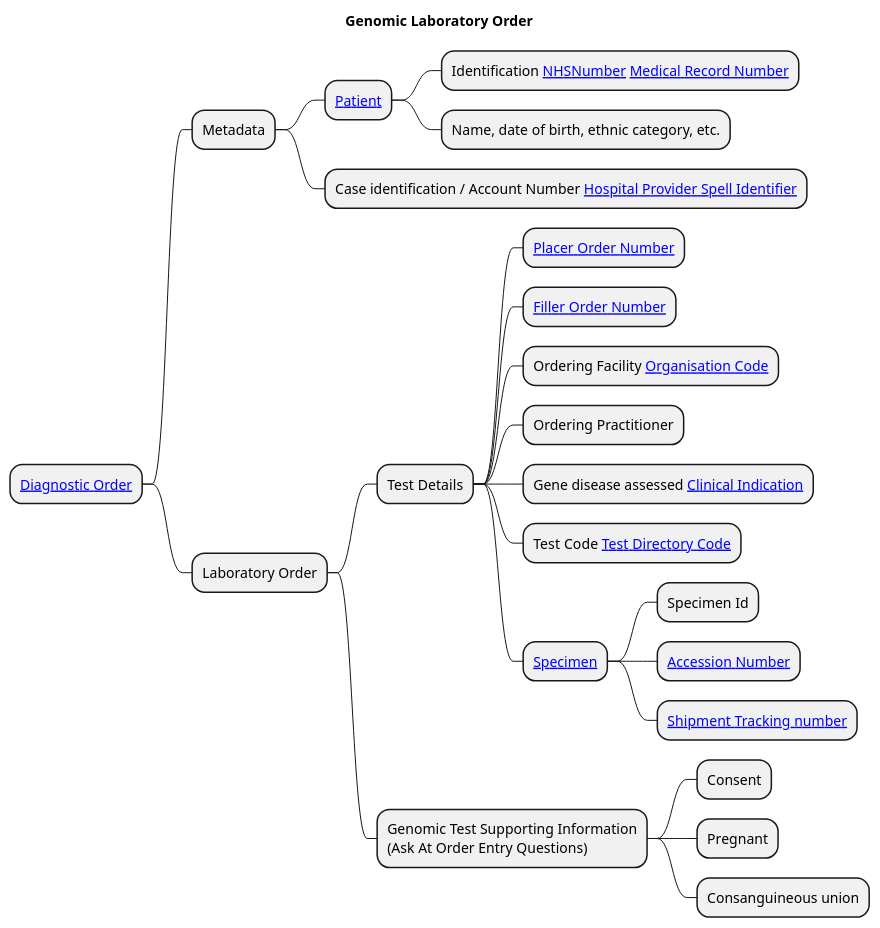
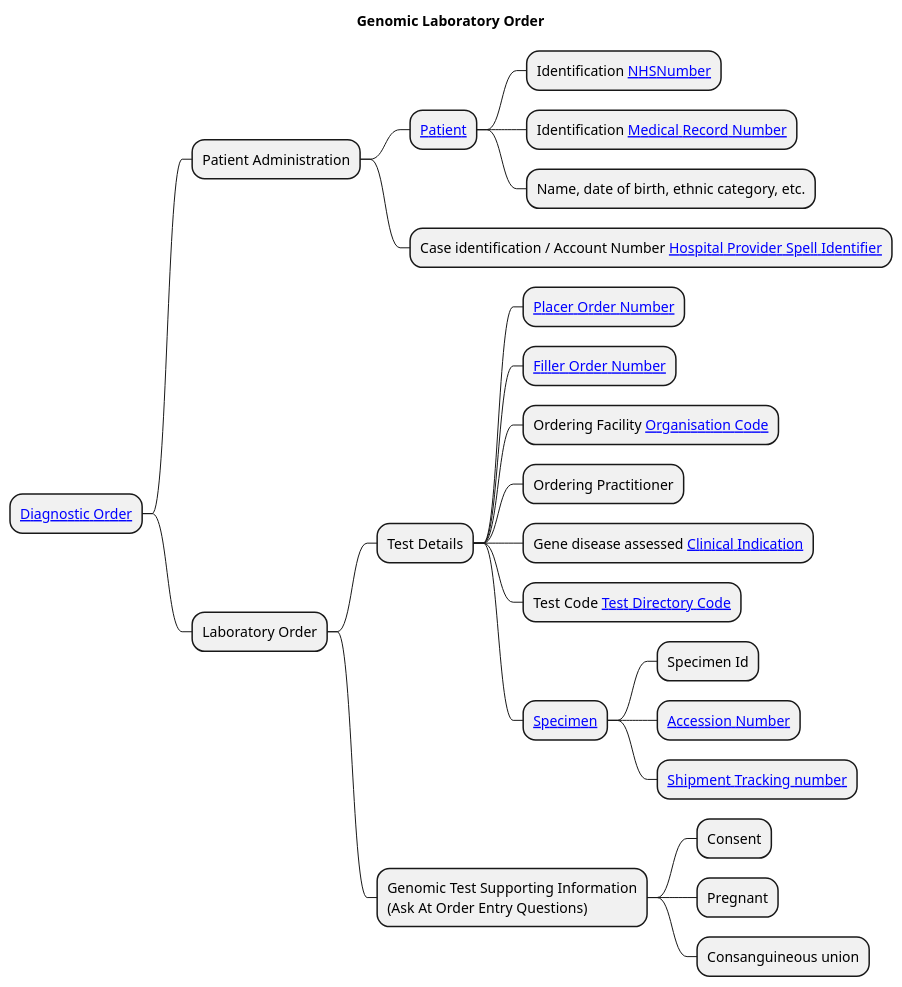
The diagram in input/images-source/Laboratory-Order-mindmap.plantuml (uk-gov-mirror/nw-gmsa.nw-gmsa.github.com), drawn with PlantUML before and after one commit. The commit also changed 2 other files, not shown here.

```diff
--- a/input/images-source/Laboratory-Order-mindmap.plantuml
+++ b/input/images-source/Laboratory-Order-mindmap.plantuml
@@ -1,28 +1,29 @@
 @startmindmap
 
 title "Genomic Laboratory Order"
 
 * [[StructureDefinition-ServiceRequest.html Diagnostic Order]]
-** Metadata
+** Patient Administration
 *** [[StructureDefinition-Patient.html Patient]]
-**** Identification [[StructureDefinition-NHSNumber.html NHSNumber]] [[StructureDefinition-MedicalRecordNumber.html Medical Record Number]]
+**** Identification [[StructureDefinition-NHSNumber.html NHSNumber]]
+**** Identification [[StructureDefinition-MedicalRecordNumber.html Medical Record Number]]
 **** Name, date of birth, ethnic category, etc.
 *** Case identification / Account Number [[StructureDefinition-HospitalProviderSpellIdentifier.html Hospital Provider Spell Identifier]]
 ** Laboratory Order
 *** Test Details
 **** [[StructureDefinition-PlacerOrderNumber.html Placer Order Number]]
 **** [[StructureDefinition-FillerOrderNumber.html Filler Order Number]]
 **** Ordering Facility [[StructureDefinition-OrganisationCode.html Organisation Code]]
 **** Ordering Practitioner
 **** Gene disease assessed [[CodeSystem-GenomicClinicalIndication.html Clinical Indication]]
 **** Test Code [[CodeSystem-GenomicTestCode.html Test Directory Code]]
 **** [[StructureDefinition-Specimen.html Specimen]]
 ***** Specimen Id
 ***** [[StructureDefinition-AccessionNumber.html Accession Number]]
 ***** [[StructureDefinition-ShipmentTrackingNumber.html Shipment Tracking number]]
 *** Genomic Test Supporting Information\n(Ask At Order Entry Questions)
 **** Consent
 **** Pregnant
 **** Consanguineous union
 
 @endmindmap
```
